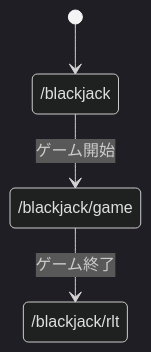
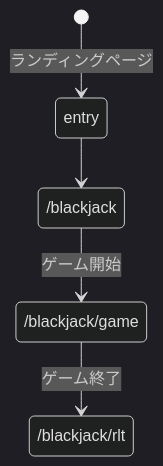
One commit to iotaish/uni changed the fourth of 4 diagrams in wpro04.md. Above: the diagram before and after it, drawn with Mermaid (dark theme). The commit also changed 6 other files, not shown here.

````diff
--- a/wpro04.md
+++ b/wpro04.md
@@ -39,9 +39,10 @@
 ```mermaid
 stateDiagram-v2
-    [*] --> stt
-    stt: /blackjack
+    [*] --> entry: ランディングページ
+    entry --> stt
     stt --> game: ゲーム開始
     game --> rlt: ゲーム終了
+    stt: /blackjack
     game: /blackjack/game
     rlt: /blackjack/rlt
 ```
````
